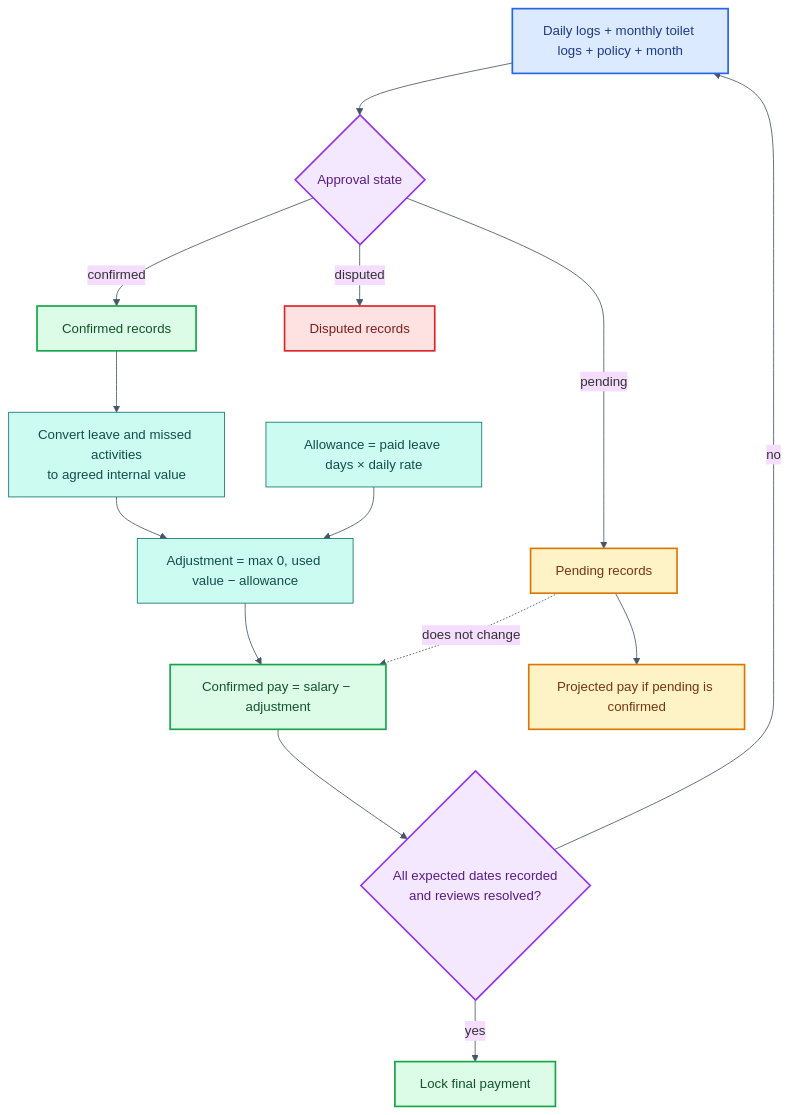
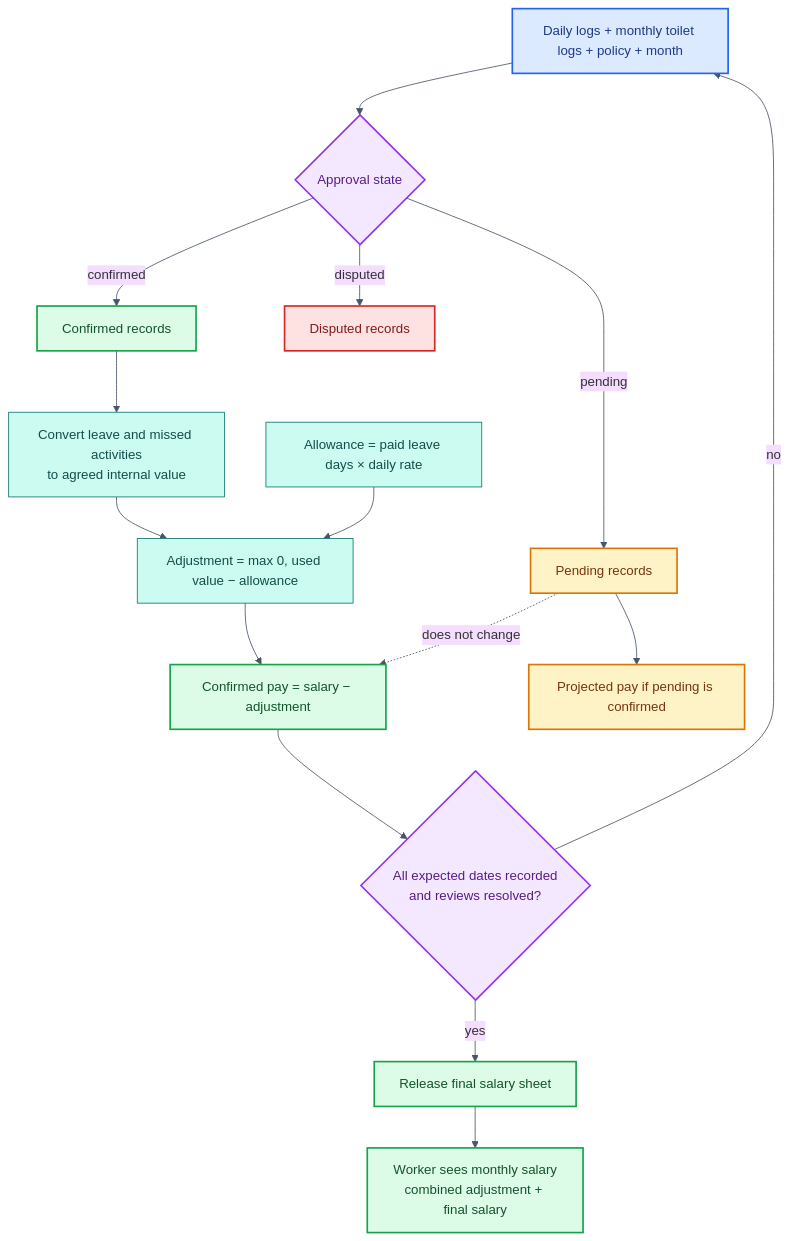
One commit to thechiranjeevjain/SaafHisaab changed the seventh of 10 diagrams in docs/architecture/README.md. Above: the diagram before and after it, drawn with Mermaid. The commit also changed other lines of this file and 21 other files, not shown here.

Commit message:
Protect worker salary details until month release

````diff
--- a/docs/architecture/README.md
+++ b/docs/architecture/README.md
@@ -341,34 +351,35 @@
 ```mermaid
 %%{init: {"theme":"base","themeVariables":{"fontFamily":"Inter,Segoe UI,sans-serif","lineColor":"#475569"}}}%%
 flowchart TD
   INPUT[Daily logs + monthly toilet logs + policy + month]:::input
   FILTER{Approval state}:::decision
   CONF[Confirmed records]:::good
   PEND[Pending records]:::warn
   DISP[Disputed records]:::bad
   VALUE[Convert leave and missed activities<br/>to agreed internal value]:::calc
   ALLOW[Allowance = paid leave days × daily rate]:::calc
   ADJUST[Adjustment = max 0, used value − allowance]:::calc
   PAY[Confirmed pay = salary − adjustment]:::good
   PROJECT[Projected pay if pending is confirmed]:::warn
   READY{All expected dates recorded<br/>and reviews resolved?}:::decision
-  LOCK[Lock final payment]:::good
+  LOCK[Release final salary sheet]:::good
+  WORKER[Worker sees monthly salary<br/>combined adjustment + final salary]:::good
 
   INPUT --> FILTER
   FILTER -->|confirmed| CONF --> VALUE
   FILTER -->|pending| PEND --> PROJECT
   FILTER -->|disputed| DISP
   VALUE --> ADJUST
   ALLOW --> ADJUST --> PAY
   PEND -. does not change .-> PAY
   PAY --> READY
   READY -->|no| INPUT
-  READY -->|yes| LOCK
+  READY -->|yes| LOCK --> WORKER
 
   classDef input fill:#dbeafe,stroke:#2563eb,color:#1e3a8a,stroke-width:2px;
   classDef decision fill:#f3e8ff,stroke:#9333ea,color:#581c87,stroke-width:2px;
   classDef good fill:#dcfce7,stroke:#16a34a,color:#14532d,stroke-width:2px;
   classDef warn fill:#fef3c7,stroke:#d97706,color:#78350f,stroke-width:2px;
   classDef bad fill:#fee2e2,stroke:#dc2626,color:#7f1d1d,stroke-width:2px;
   classDef calc fill:#ccfbf1,stroke:#0f766e,color:#134e4a;
 ```
````
